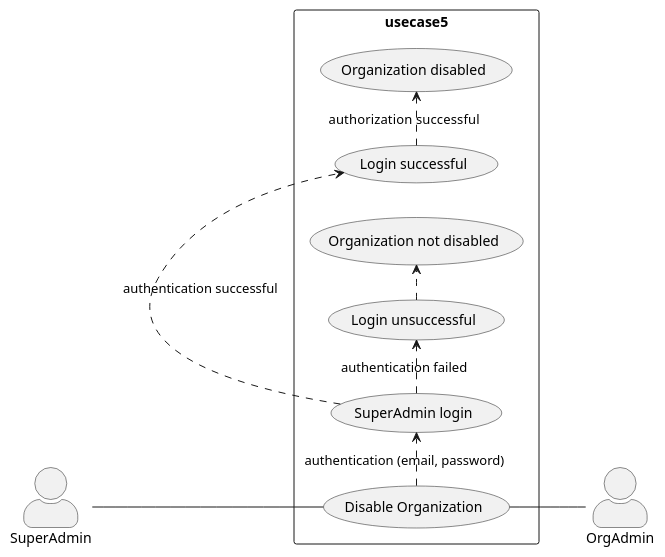
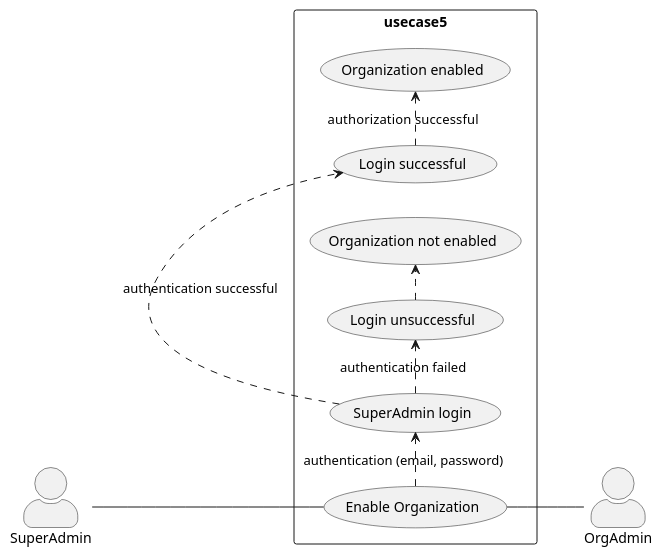
The diagram in 5_super_admin_usecase5.wsd (wawerualbert/CodeHub), drawn with PlantUML before and after one commit. The commit also changed 7 other files, not shown here.

```diff
--- a/5_super_admin_usecase5.wsd
+++ b/5_super_admin_usecase5.wsd
@@ -1,19 +1,19 @@
-@startuml SuperAdmin Disable Organization
+@startuml SuperAdmin Enable Organization
 
 skinparam actorStyle awesome
 left to right direction
 skinparam packageStyle rectangle
 
 actor SuperAdmin
 actor OrgAdmin
 rectangle usecase5 {
-  SuperAdmin-- (Disable Organization)
-  (Disable Organization) .> (SuperAdmin login) : authentication (email, password)
+  SuperAdmin-- (Enable Organization)
+  (Enable Organization) .> (SuperAdmin login) : authentication (email, password)
   (SuperAdmin login) .> (Login successful) : authentication successful
-  (Login successful) .> (Organization disabled) : authorization  successful
+  (Login successful) .> (Organization enabled) : authorization  successful
   (SuperAdmin login) .> (Login unsuccessful) : authentication failed
-  (Login unsuccessful) .> (Organization not disabled)  
-  (Disable Organization)-- OrgAdmin
+  (Login unsuccessful) .> (Organization not enabled)  
+  (Enable Organization)-- OrgAdmin
 }
 
 @enduml
```
